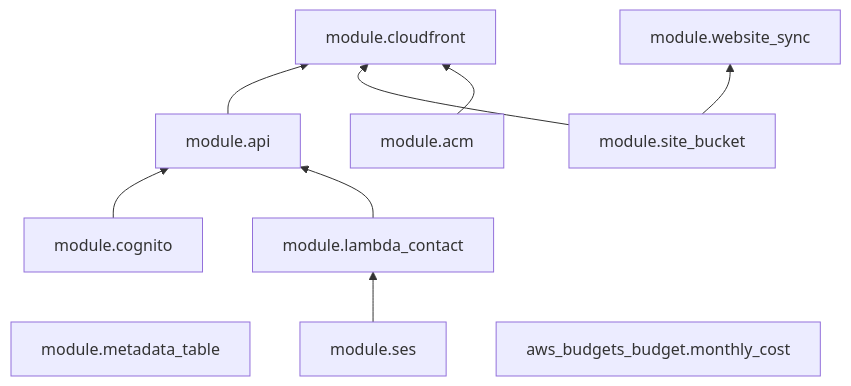
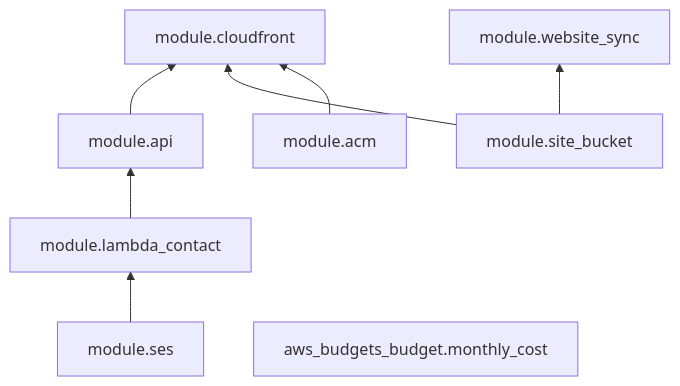
One commit to vasichkin/aws-zero-cost-hosting changed the fourth of 5 diagrams in docs/DEPLOYMENT.md. Above: the diagram before and after it, drawn with Mermaid. The commit also changed other lines of this file and 19 other files, not shown here.

````diff
--- a/docs/DEPLOYMENT.md
+++ b/docs/DEPLOYMENT.md
@@ -169,21 +151,18 @@
 ```mermaid
 flowchart BT
   ACM[module.acm]
   Bucket[module.site_bucket]
   Sync[module.website_sync]
-  DDB[module.metadata_table]
-  Cognito[module.cognito]
   SES[module.ses]
   LContact[module.lambda_contact]
   API[module.api]
   CF[module.cloudfront]
   Budget[aws_budgets_budget.monthly_cost]
 
   Bucket --> Sync
   SES --> LContact
-  Cognito --> API
   LContact --> API
   API --> CF
   Bucket --> CF
   ACM --> CF
 ```
````
